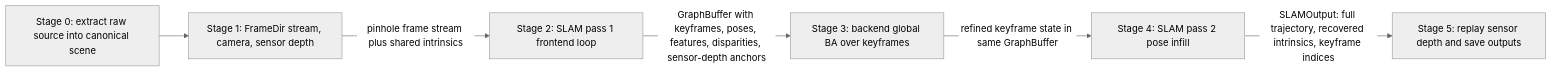
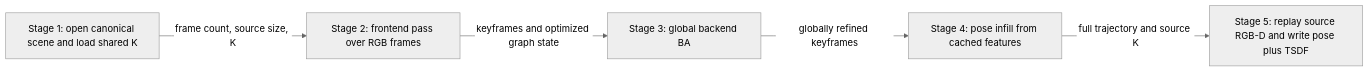
The first of 5 diagrams in fullexplain.md (sadanand1120/vipe), drawn with Mermaid (neutral theme) before and after one commit. The commit also changed other lines of this file and 19 other files, not shown here.

Commit message:
Lean runtime stream and pipeline flow

````diff
--- a/fullexplain.md
+++ b/fullexplain.md
@@ -47,8 +41,12 @@
 ```mermaid
 flowchart LR
-    S0[Stage 0: extract raw source into canonical scene] --> S1[Stage 1: FrameDir stream, camera, sensor depth]
-    S1 -->|pinhole frame stream plus shared intrinsics| S2[Stage 2: SLAM pass 1 frontend loop]
-    S2 -->|GraphBuffer with keyframes, poses, features, disparities, sensor-depth anchors| S3[Stage 3: backend global BA over keyframes]
-    S3 -->|refined keyframe state in same GraphBuffer| S4[Stage 4: SLAM pass 2 pose infill]
-    S4 -->|SLAMOutput: full trajectory, recovered intrinsics, keyframe indices| S5[Stage 5: replay sensor depth and save outputs]
+    S1[Stage 1: open canonical scene and load shared K]
+    S2[Stage 2: frontend pass over RGB frames]
+    S3[Stage 3: global backend BA]
+    S4[Stage 4: pose infill from cached features]
+    S5[Stage 5: replay source RGB-D and write pose plus TSDF]
+    S1 -->|frame count, source size, K| S2
+    S2 -->|keyframes and optimized graph state| S3
+    S3 -->|globally refined keyframes| S4
+    S4 -->|full trajectory and source K| S5
 ```
````
